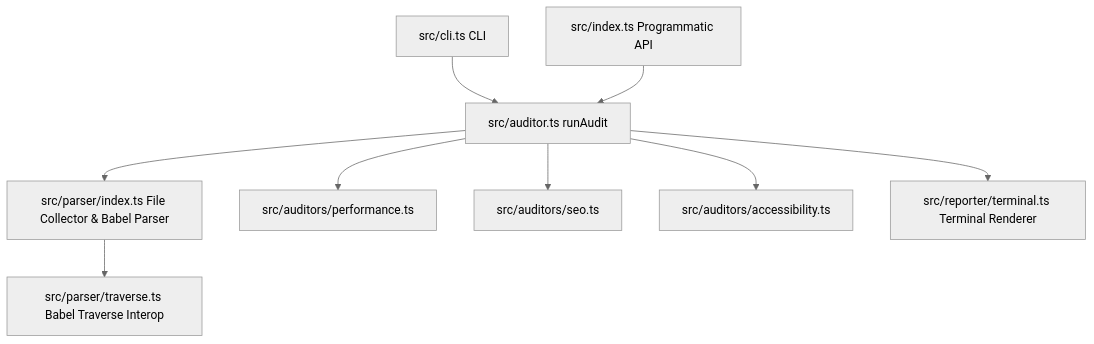
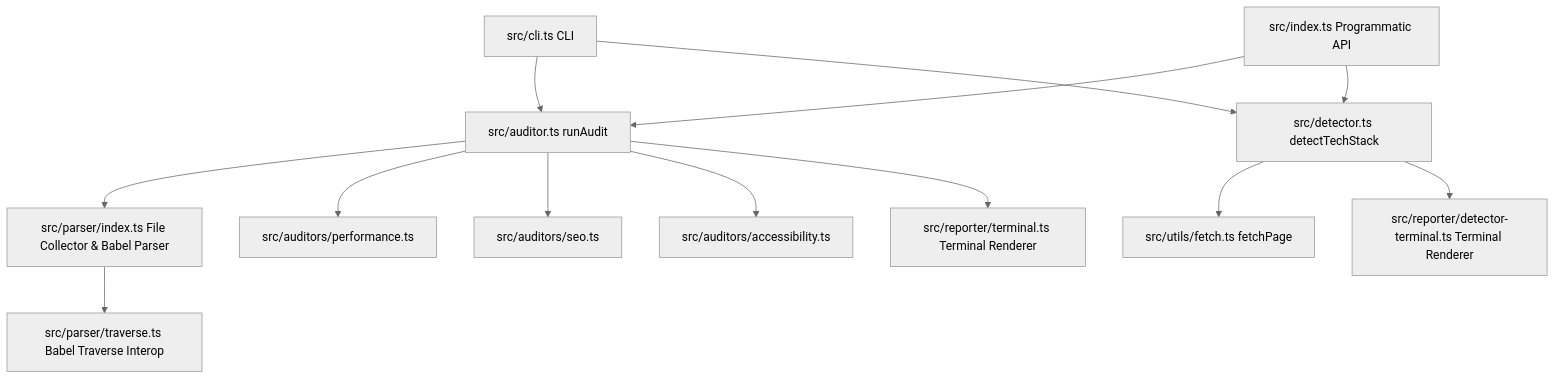
Before and after one commit to Dheeraj-pilakkat/UiAudit.js: the diagram in README.md, drawn with Mermaid (neutral theme). The commit also changed other lines of this file and 6 other files, not shown here.

Commit message:
feat: add detect command for live tech stack detection

````diff
--- a/README.md
+++ b/README.md
@@ -58,11 +60,15 @@
 ```mermaid
 graph TD
     CLI[src/cli.ts CLI] --> Auditor[src/auditor.ts runAudit]
+    CLI --> Detector[src/detector.ts detectTechStack]
     SDK[src/index.ts Programmatic API] --> Auditor
+    SDK --> Detector
+    Detector --> Fetcher[src/utils/fetch.ts fetchPage]
     Auditor --> Parser[src/parser/index.ts File Collector & Babel Parser]
     Parser --> Traverse[src/parser/traverse.ts Babel Traverse Interop]
     Auditor --> PerfAud[src/auditors/performance.ts]
     Auditor --> SEOMAud[src/auditors/seo.ts]
     Auditor --> A11yAud[src/auditors/accessibility.ts]
     Auditor --> Reporter[src/reporter/terminal.ts Terminal Renderer]
+    Detector --> DetReporter[src/reporter/detector-terminal.ts Terminal Renderer]
 ```
````
